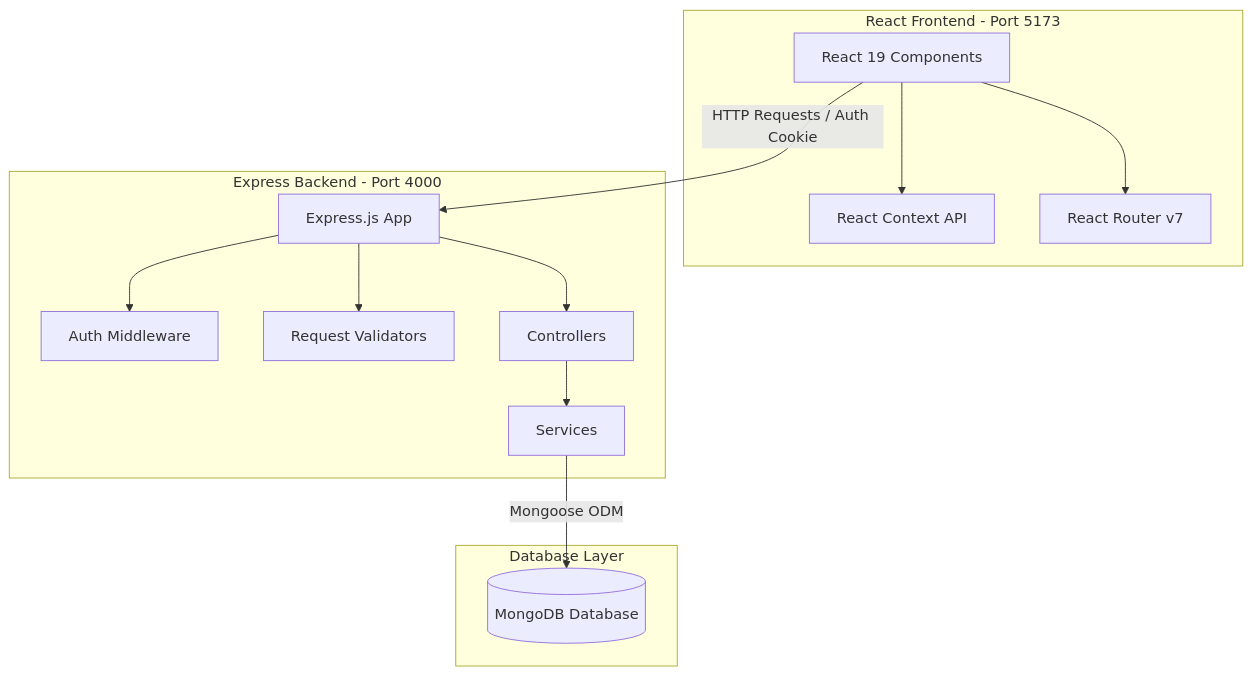
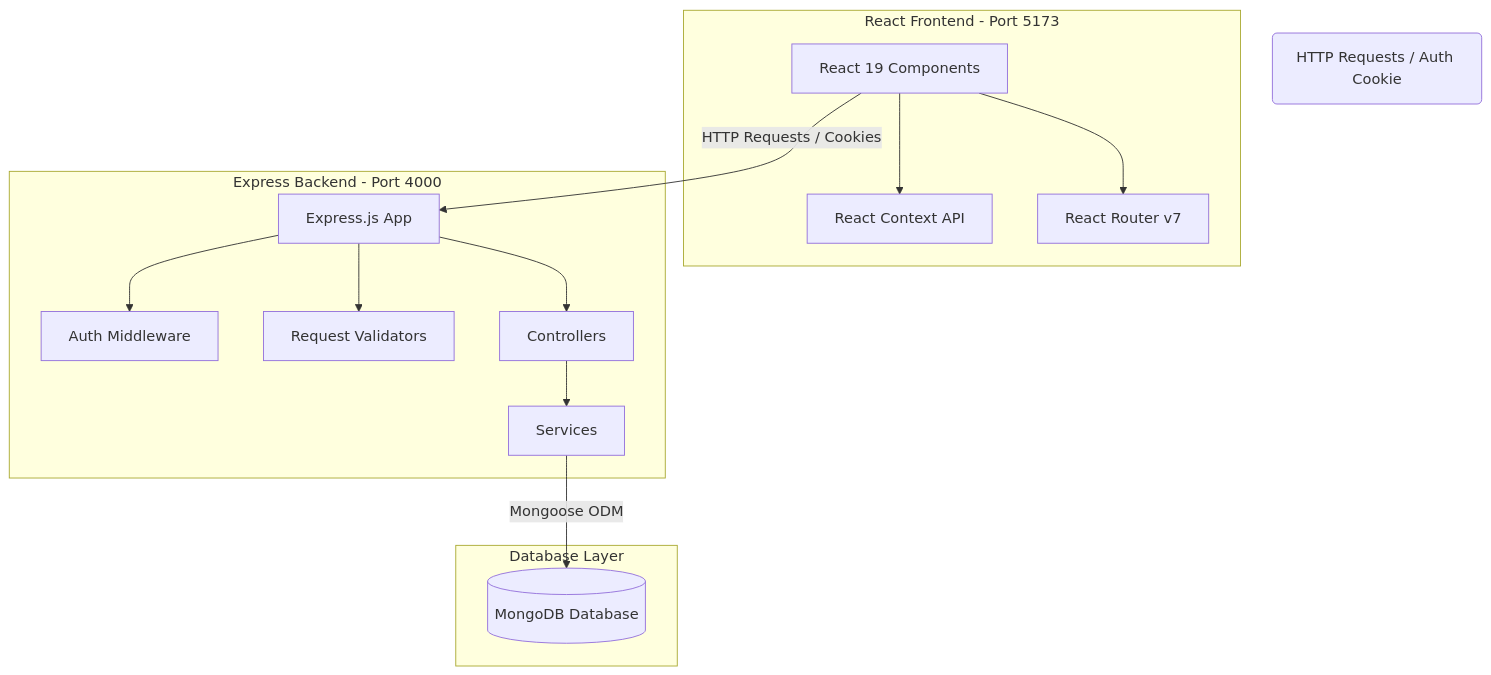
Before and after one commit to kadapalanikith/Uber-Clone-App: the diagram in README.md, drawn with Mermaid. The commit also changed other lines of this file and 2 other files, not shown here.

````diff
--- a/README.md
+++ b/README.md
@@ -11,29 +13,30 @@
 ```mermaid
 graph TD
     subgraph Frontend [React Frontend - Port 5173]
         UI[React 19 Components]
         RC[React Context API]
         RR[React Router v7]
         UI --> RC
         UI --> RR
     end
 
     subgraph Backend [Express Backend - Port 4000]
         API[Express.js App]
         MW[Auth Middleware]
         VAL[Request Validators]
         CTRL[Controllers]
         SRV[Services]
         API --> MW
         API --> VAL
         API --> CTRL
         CTRL --> SRV
     end
 
     subgraph Database [Database Layer]
         DB[(MongoDB Database)]
     end
 
-    UI -- HTTP Requests / Auth Cookie --> API
-    SRV -- Mongoose ODM --> DB
+    ui_api_link(HTTP Requests / Auth Cookie)
+    UI -- "HTTP Requests / Cookies" --> API
+    SRV -- "Mongoose ODM" --> DB
 ```
````
